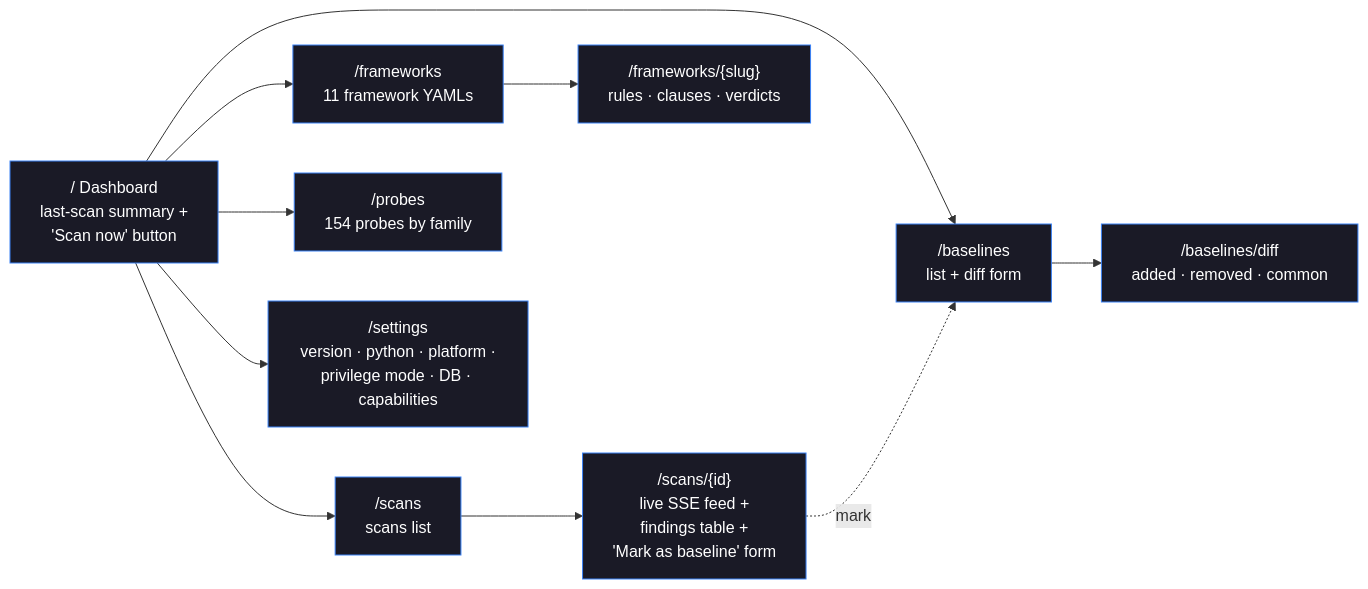
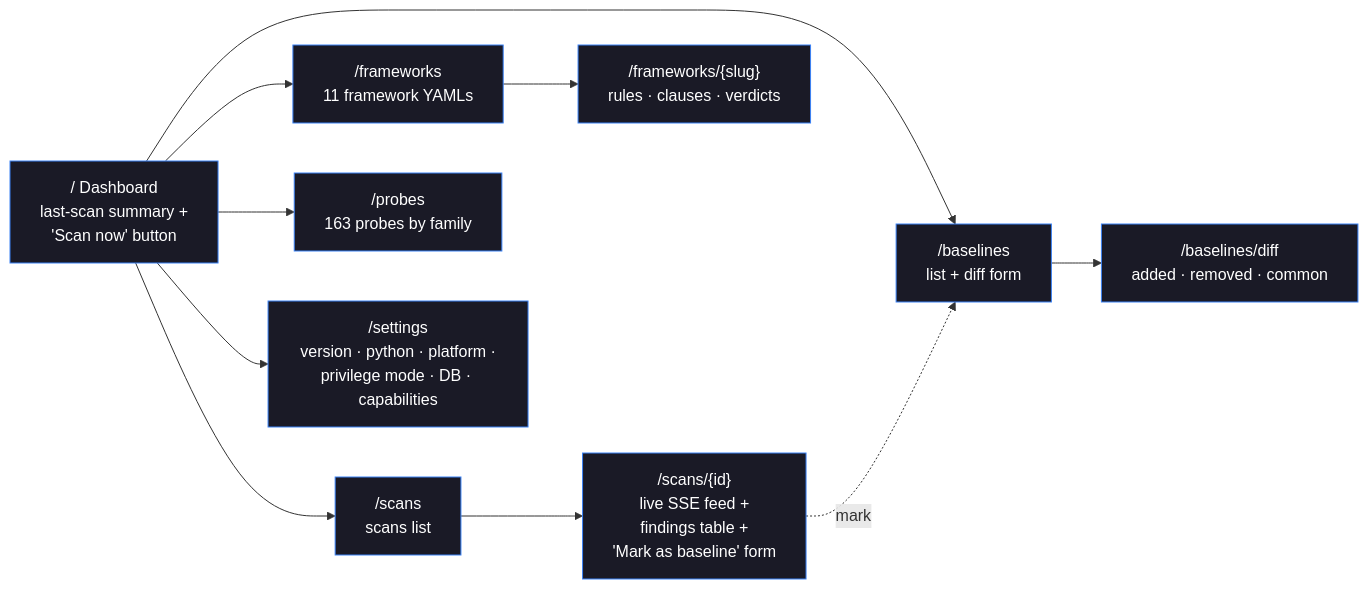
One commit to orengacademy/pqc-scanner2 changed the fourth of 8 diagrams in README.md. Above: the diagram before and after it, drawn with Mermaid. The commit also changed other lines of this file and 1 other file, not shown here.

First line of the commit message:
docs: truth sweep for v0.8.0 — 163 probes + continuation status (§8)

````diff
--- a/README.md
+++ b/README.md
@@ -248,22 +248,22 @@
 ```mermaid
 flowchart LR
     HOME["/  Dashboard<br/>last-scan summary +<br/>'Scan now' button"]
     SCANS["/scans<br/>scans list"]
     DETAIL["/scans/{id}<br/>live SSE feed +<br/>findings table +<br/>'Mark as baseline' form"]
     FRAMEWORKS["/frameworks<br/>11 framework YAMLs"]
     FW_DET["/frameworks/{slug}<br/>rules · clauses · verdicts"]
-    PROBES["/probes<br/>154 probes by family"]
+    PROBES["/probes<br/>163 probes by family"]
     BASELINES["/baselines<br/>list + diff form"]
     DIFF["/baselines/diff<br/>added · removed · common"]
     SETTINGS["/settings<br/>version · python · platform ·<br/>privilege mode · DB · capabilities"]
 
     HOME --> SCANS --> DETAIL
     HOME --> FRAMEWORKS --> FW_DET
     HOME --> PROBES
     HOME --> BASELINES --> DIFF
     DETAIL -.mark.-> BASELINES
     HOME --> SETTINGS
 
     classDef page fill:#1a1a26,color:#fff,stroke:#3b82f6
     class HOME,SCANS,DETAIL,FRAMEWORKS,FW_DET,PROBES,BASELINES,DIFF,SETTINGS page
 ```
````
